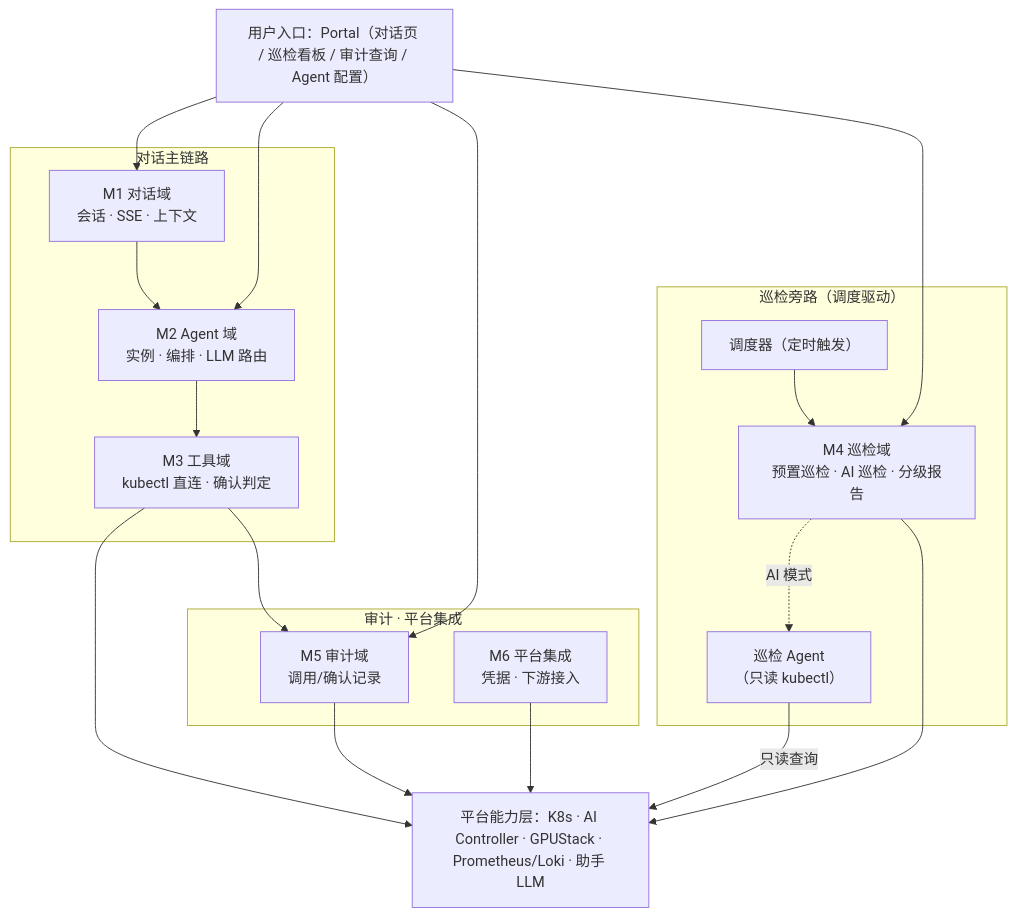
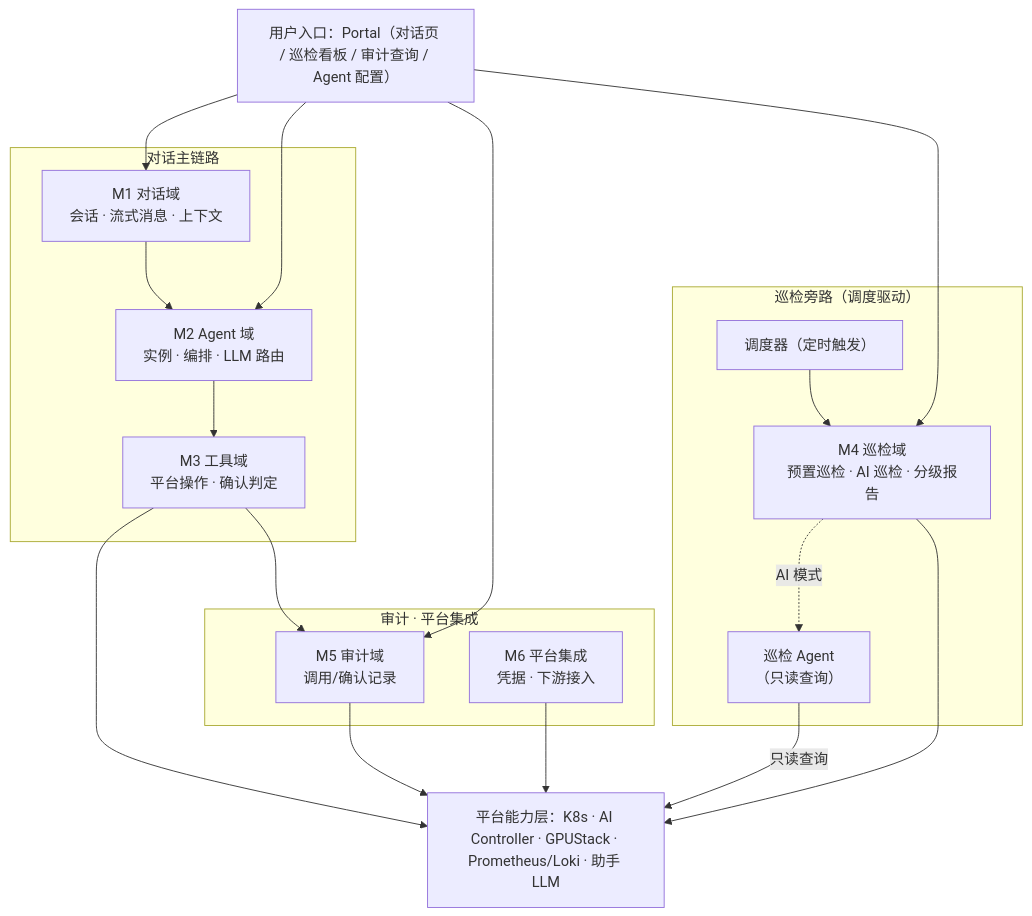
The diagram in docs/CubeStack-平台智能助手-CubePilot-功能需求细化文档.md (suanova/cubepilot), drawn with Mermaid before and after one commit. The commit also changed other lines of this file and 3 other files, not shown here.

````diff
--- a/docs/CubeStack-平台智能助手-CubePilot-功能需求细化文档.md
+++ b/docs/CubeStack-平台智能助手-CubePilot-功能需求细化文档.md
@@ -32,37 +32,37 @@
 ```mermaid
 flowchart TB
     U["用户入口：Portal（对话页 / 巡检看板 / 审计查询 / Agent 配置）"]
 
     subgraph chat["对话主链路"]
-        M1["M1 对话域<br/>会话 · SSE · 上下文"]
+        M1["M1 对话域<br/>会话 · 流式消息 · 上下文"]
         M2["M2 Agent 域<br/>实例 · 编排 · LLM 路由"]
-        M3["M3 工具域<br/>kubectl 直连 · 确认判定"]
+        M3["M3 工具域<br/>平台操作 · 确认判定"]
         M1 --> M2 --> M3
     end
 
     subgraph side["审计 · 平台集成"]
         M5["M5 审计域<br/>调用/确认记录"]
         M6["M6 平台集成<br/>凭据 · 下游接入"]
     end
 
     subgraph insp["巡检旁路（调度驱动）"]
         S["调度器（定时触发）"]
         M4["M4 巡检域<br/>预置巡检 · AI 巡检 · 分级报告"]
-        IA["巡检 Agent<br/>（只读 kubectl）"]
+        IA["巡检 Agent<br/>（只读查询）"]
         S --> M4
         M4 -.->|"AI 模式"| IA
     end
 
     P["平台能力层：K8s · AI Controller · GPUStack · Prometheus/Loki · 助手 LLM"]
 
     U --> M1
     U --> M2
     U --> M5
     U --> M4
     M3 --> P
     M3 --> M5
     M5 --> P
     M6 --> P
     M4 --> P
     IA -->|"只读查询"| P
 ```
````
